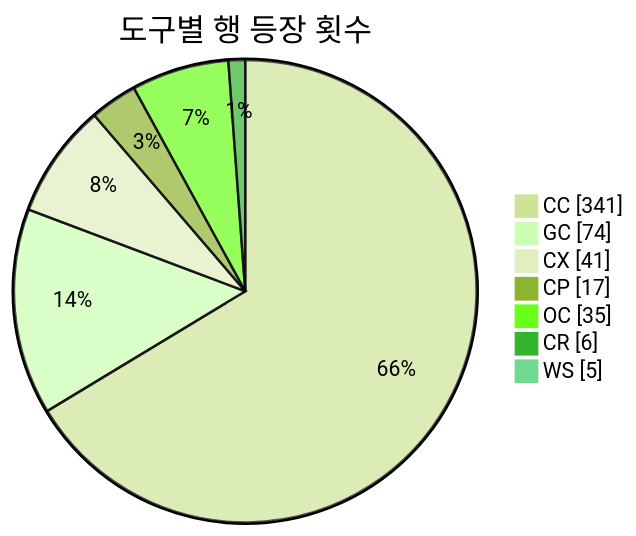
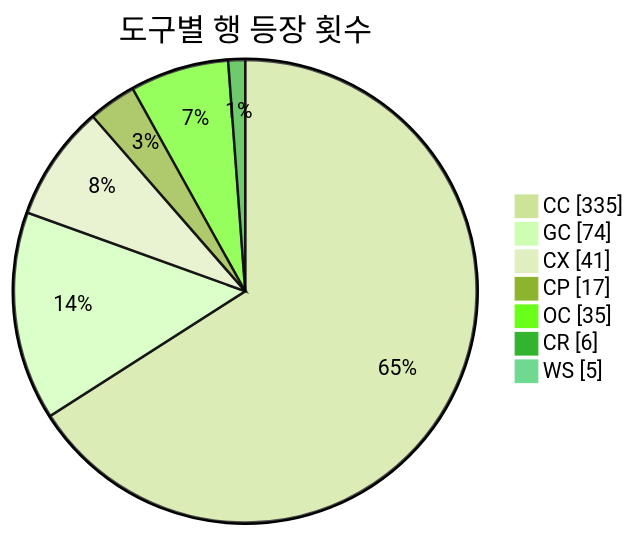
The second of 3 diagrams in README.md (J-nowcow/awesome-korean-agent-skills), drawn with Mermaid (forest theme) before and after one commit. The commit also changed other lines of this file and 27 other files, not shown here.

````diff
--- a/README.md
+++ b/README.md
@@ -193,11 +193,11 @@
 ```mermaid
 pie showData
     title 도구별 행 등장 횟수
-    "CC" : 341
+    "CC" : 335
     "GC" : 74
     "CX" : 41
     "CP" : 17
     "OC" : 35
     "CR" : 6
     "WS" : 5
 ```
````
